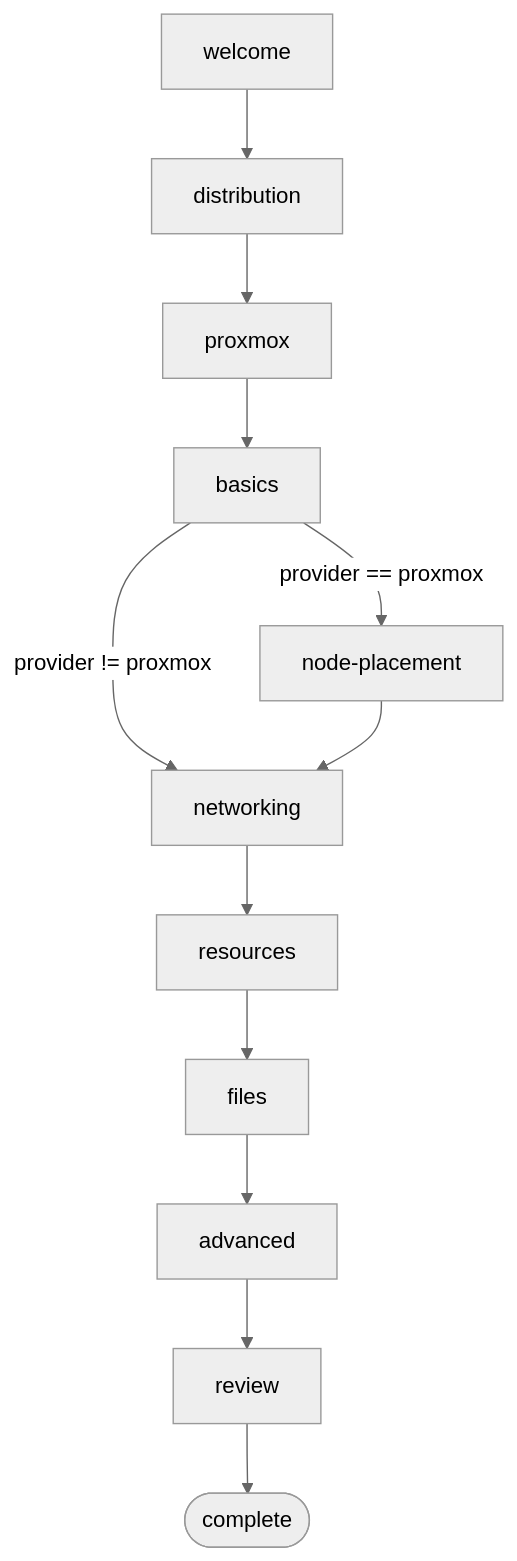
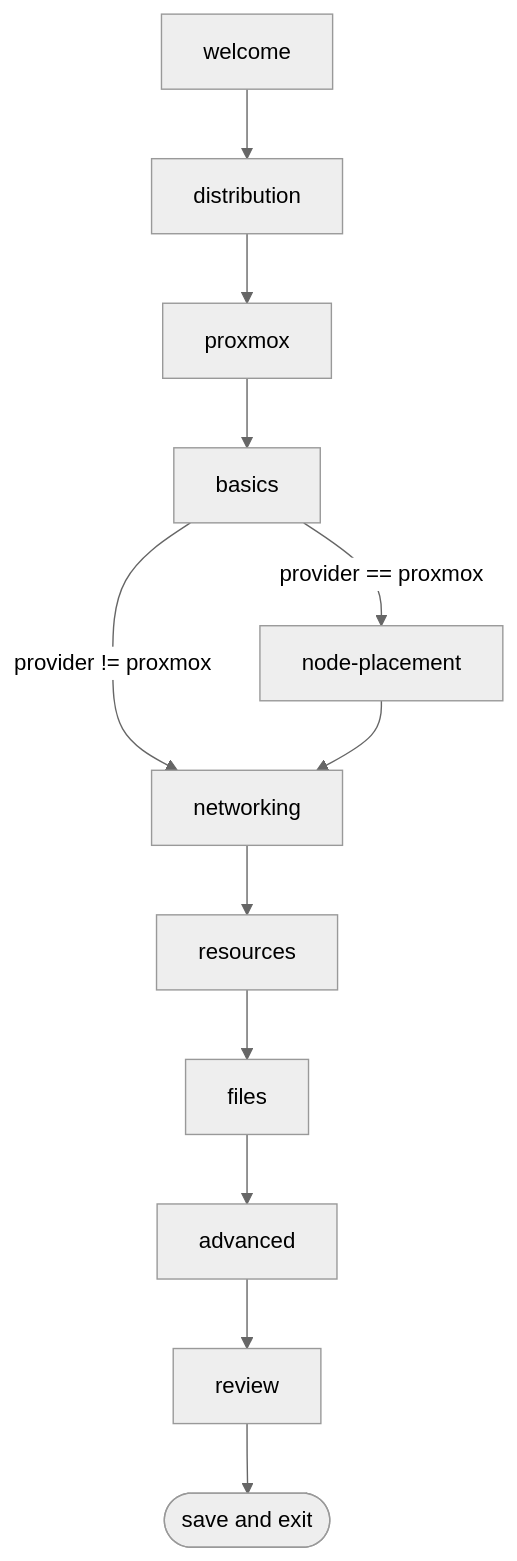
Before and after one commit to qxtaiba/okdctl: the diagram in docs/architecture/wizard.md, drawn with Mermaid (neutral theme). The commit also changed other lines of this file, not shown here.

Commit message:
docs(wizard): rewrite the architecture page against the steps

````diff
--- a/docs/architecture/wizard.md
+++ b/docs/architecture/wizard.md
@@ -258,14 +223,14 @@
 ```mermaid
 flowchart TD
     welcome --> distribution
     distribution --> proxmox
     proxmox --> basics
     basics -->|"provider == proxmox"| nodePlacement[node-placement]
     basics -->|"provider != proxmox"| networking
     nodePlacement --> networking
     networking --> resources
     resources --> filesStep[files]
     filesStep --> advanced
     advanced --> review
-    review --> E([complete])
+    review --> E([save and exit])
 ```
````
